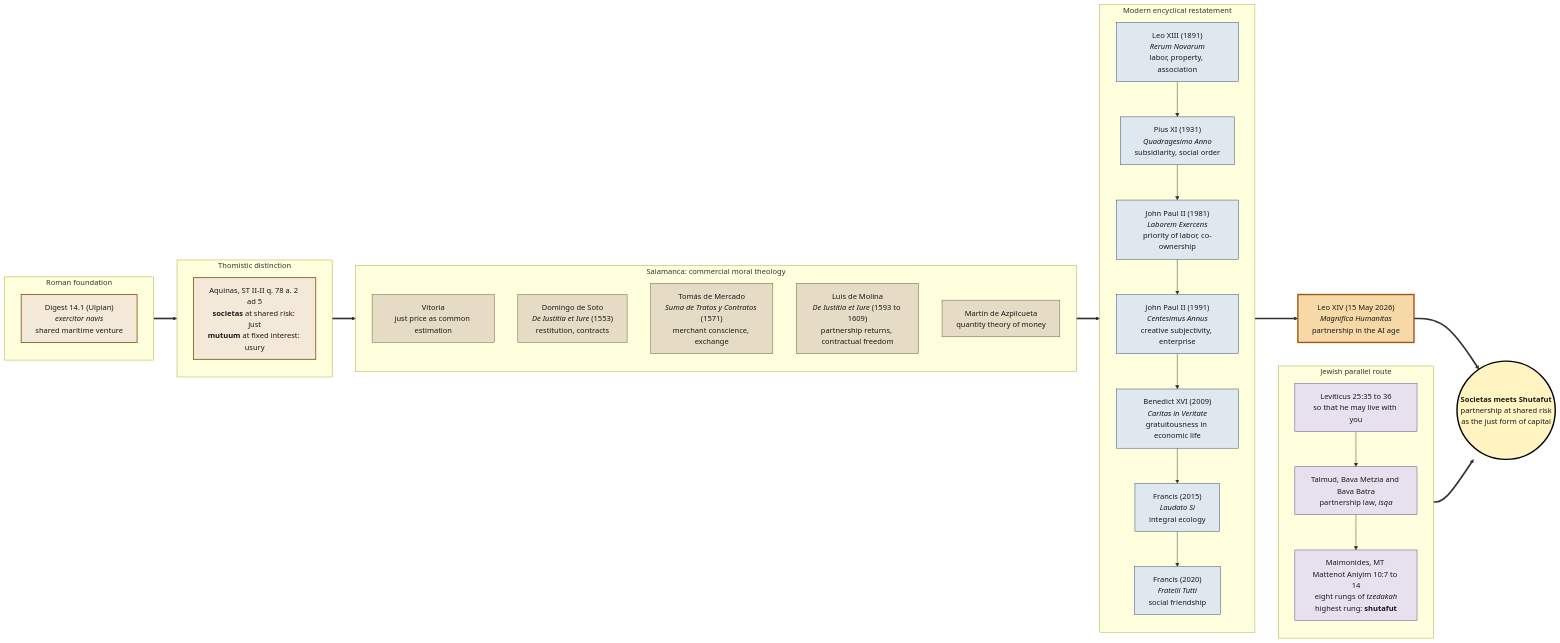
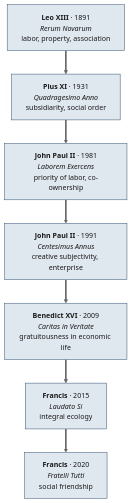
One commit to Oranburg/LEP changed the fourth of 8 diagrams in _pages/lineage.md. Above: the diagram before and after it, drawn with Mermaid. The commit also changed other lines of this file and 6 other files, not shown here.

```diff
--- a/_pages/lineage.md
+++ b/_pages/lineage.md
@@ -14,57 +72,14 @@
 <div class="mermaid" markdown="0">
-flowchart LR
-  subgraph ROM["Roman foundation"]
-    direction TB
-    R1["Digest 14.1 (Ulpian)<br/><i>exercitor navis</i><br/>shared maritime venture"]
-  end
-  subgraph THO["Thomistic distinction"]
-    direction TB
-    T1["Aquinas, ST II-II q. 78 a. 2 ad 5<br/><b>societas</b> at shared risk: just<br/><b>mutuum</b> at fixed interest: usury"]
-  end
-  subgraph SAL["Salamanca: commercial moral theology"]
-    direction TB
-    S1["Vitoria<br/>just price as common estimation"]
-    S2["Domingo de Soto<br/><i>De Iustitia et Iure</i> (1553)<br/>restitution, contracts"]
-    S3["Tomás de Mercado<br/><i>Suma de Tratos y Contratos</i> (1571)<br/>merchant conscience, exchange"]
-    S4["Luis de Molina<br/><i>De Iustitia et Iure</i> (1593 to 1609)<br/>partnership returns, contractual freedom"]
-    S5["Martín de Azpilcueta<br/>quantity theory of money"]
-  end
-  subgraph ENC["Modern encyclical restatement"]
-    direction TB
-    E1["Leo XIII (1891)<br/><i>Rerum Novarum</i><br/>labor, property, association"]
-    E2["Pius XI (1931)<br/><i>Quadragesimo Anno</i><br/>subsidiarity, social order"]
-    E3["John Paul II (1981)<br/><i>Laborem Exercens</i><br/>priority of labor, co-ownership"]
-    E4["John Paul II (1991)<br/><i>Centesimus Annus</i><br/>creative subjectivity, enterprise"]
-    E5["Benedict XVI (2009)<br/><i>Caritas in Veritate</i><br/>gratuitousness in economic life"]
-    E6["Francis (2015)<br/><i>Laudato Si</i><br/>integral ecology"]
-    E7["Francis (2020)<br/><i>Fratelli Tutti</i><br/>social friendship"]
-  end
-  L14["Leo XIV (15 May 2026)<br/><i>Magnifica Humanitas</i><br/>partnership in the AI age"]
-  subgraph JEW["Jewish parallel route"]
-    direction TB
-    J1["Leviticus 25:35 to 36<br/>so that he may live with you"]
-    J2["Talmud, Bava Metzia and Bava Batra<br/>partnership law, <i>isqa</i>"]
-    J3["Maimonides, MT Mattenot Aniyim 10:7 to 14<br/>eight rungs of <i>tzedakah</i><br/>highest rung: <b>shutafut</b>"]
-  end
-  CONV(("<b>Societas meets Shutafut</b><br/>partnership at shared risk<br/>as the just form of capital"))
-  R1 ==> T1
-  T1 ==> SAL
-  SAL ==> E1
-  E1 --> E2 --> E3 --> E4 --> E5 --> E6 --> E7
-  E7 ==> L14
-  L14 ==> CONV
-  J1 --> J2 --> J3
-  J3 ==> CONV
-  classDef foundation fill:#f4e9d8,stroke:#8a6a2a,stroke-width:2px,color:#1a1a1a;
-  classDef scholastic fill:#e6dcc6,stroke:#6a5a2a,stroke-width:1px,color:#1a1a1a;
+%%{init: {'theme':'neutral','flowchart':{'curve':'basis','nodeSpacing':35,'rankSpacing':50},'themeVariables':{'fontSize':'15px','fontFamily':'Georgia, serif'}}}%%
+flowchart TB
+  E1["<b>Leo XIII</b> · 1891<br/><i>Rerum Novarum</i><br/>labor, property, association"]
+  E2["<b>Pius XI</b> · 1931<br/><i>Quadragesimo Anno</i><br/>subsidiarity, social order"]
+  E3["<b>John Paul II</b> · 1981<br/><i>Laborem Exercens</i><br/>priority of labor, co-ownership"]
+  E4["<b>John Paul II</b> · 1991<br/><i>Centesimus Annus</i><br/>creative subjectivity, enterprise"]
+  E5["<b>Benedict XVI</b> · 2009<br/><i>Caritas in Veritate</i><br/>gratuitousness in economic life"]
+  E6["<b>Francis</b> · 2015<br/><i>Laudato Si</i><br/>integral ecology"]
+  E7["<b>Francis</b> · 2020<br/><i>Fratelli Tutti</i><br/>social friendship"]
+  E1 ==> E2 ==> E3 ==> E4 ==> E5 ==> E6 ==> E7
   classDef encyclical fill:#dfe7ef,stroke:#2a4a6a,stroke-width:1px,color:#1a1a1a;
-  classDef present    fill:#f7d9a8,stroke:#a05a14,stroke-width:3px,color:#1a1a1a;
-  classDef jewish     fill:#e7e0ef,stroke:#5a3a8a,stroke-width:1px,color:#1a1a1a;
-  classDef converge   fill:#fff4c2,stroke:#000,stroke-width:3px,color:#1a1a1a;
-  class R1,T1 foundation;
-  class S1,S2,S3,S4,S5 scholastic;
   class E1,E2,E3,E4,E5,E6,E7 encyclical;
-  class L14 present;
-  class J1,J2,J3 jewish;
-  class CONV converge;
 </div>
```
